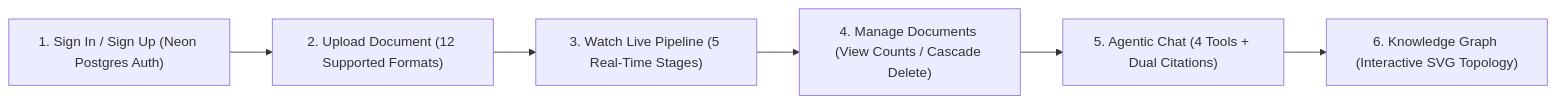
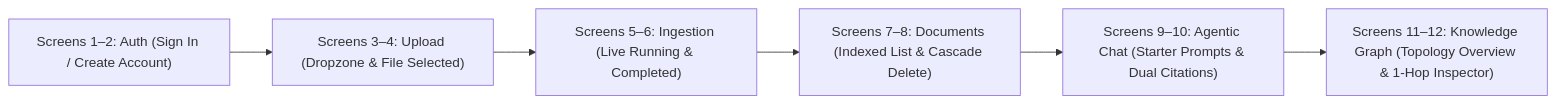
One commit to Dronanaik/adk_rag changed the diagram in docs/USER_GUIDE.md. Above: the diagram before and after it, drawn with Mermaid. The commit also changed other lines of this file and 13 other files, not shown here.

Commit message:
docs(user-guide): add all 12 live application screens and step-by-step visual walkthrough

````diff
--- a/docs/USER_GUIDE.md
+++ b/docs/USER_GUIDE.md
@@ -9,8 +9,8 @@
 ```mermaid
 flowchart LR
-    A["1. Sign In / Sign Up (Neon Postgres Auth)"] --> B["2. Upload Document (12 Supported Formats)"]
-    B --> C["3. Watch Live Pipeline (5 Real-Time Stages)"]
-    C --> D["4. Manage Documents (View Counts / Cascade Delete)"]
-    D --> E["5. Agentic Chat (4 Tools + Dual Citations)"]
-    E --> F["6. Knowledge Graph (Interactive SVG Topology)"]
+    A["Screens 1–2: Auth (Sign In / Create Account)"] --> B["Screens 3–4: Upload (Dropzone & File Selected)"]
+    B --> C["Screens 5–6: Ingestion (Live Running & Completed)"]
+    C --> D["Screens 7–8: Documents (Indexed List & Cascade Delete)"]
+    D --> E["Screens 9–10: Agentic Chat (Starter Prompts & Dual Citations)"]
+    E --> F["Screens 11–12: Knowledge Graph (Topology Overview & 1-Hop Inspector)"]
 ```
````
